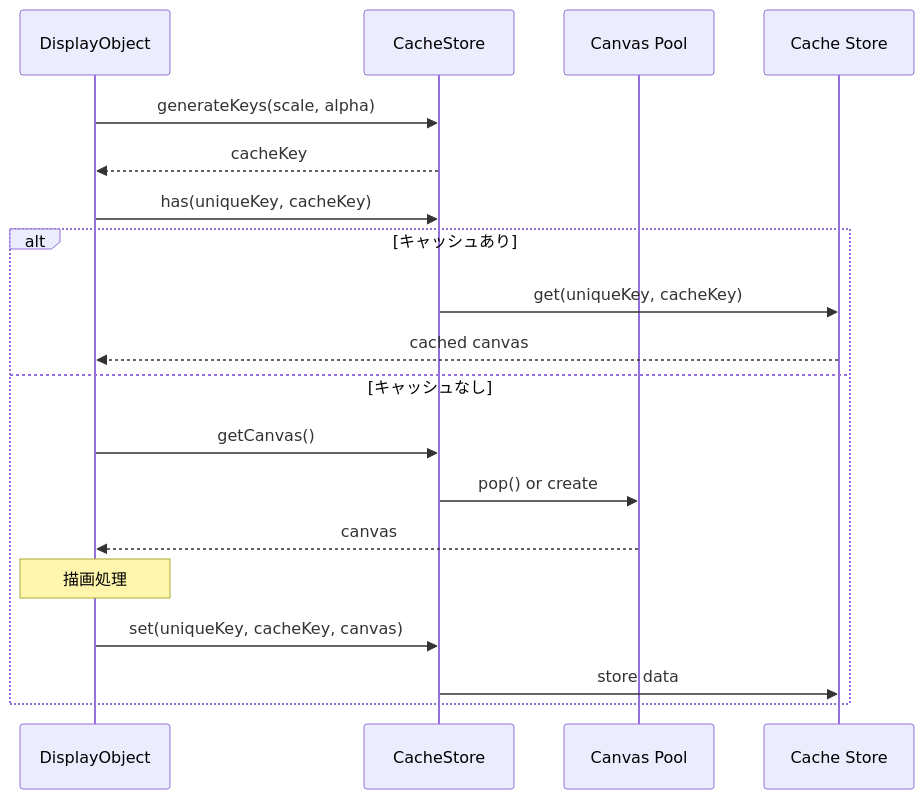
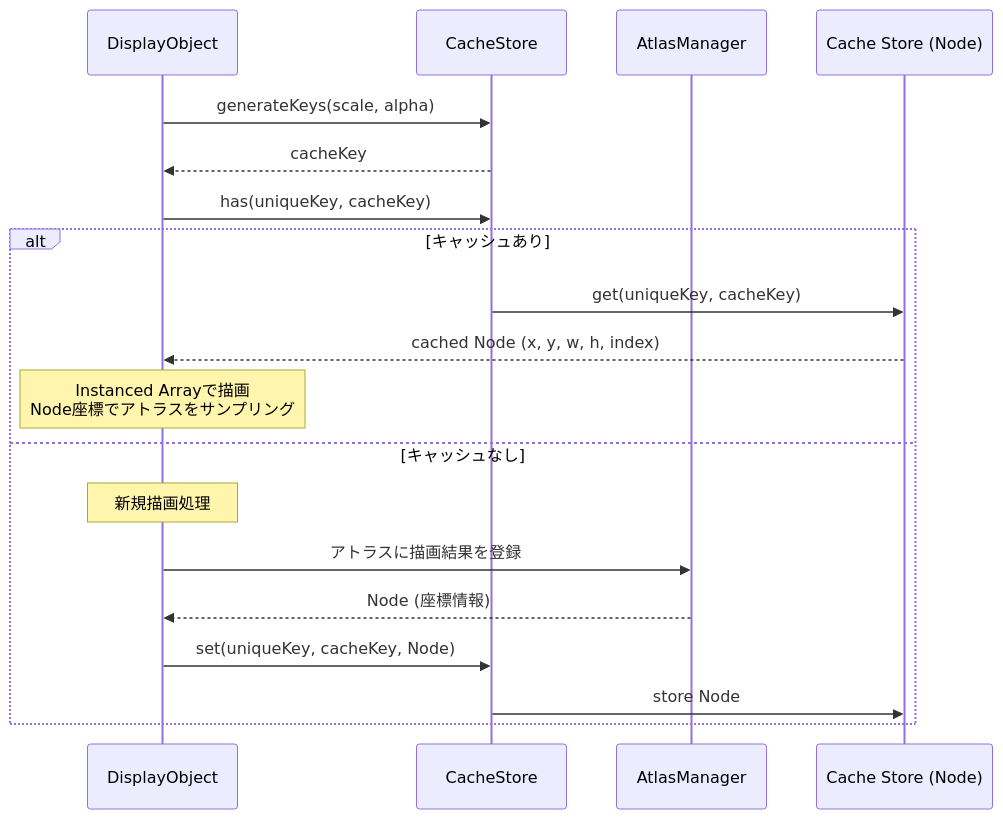
One commit to Next2D/player changed the first of 5 diagrams in packages/cache/README.md. Above: the diagram before and after it, drawn with Mermaid. The commit also changed other lines of this file, not shown here.

````diff
--- a/packages/cache/README.md
+++ b/packages/cache/README.md
@@ -44,22 +64,22 @@
 ```mermaid
 sequenceDiagram
     participant DO as DisplayObject
     participant CS as CacheStore
-    participant Pool as Canvas Pool
-    participant Store as Cache Store
+    participant Atlas as AtlasManager
+    participant Store as Cache Store (Node)
 
     DO->>CS: generateKeys(scale, alpha)
     CS-->>DO: cacheKey
     DO->>CS: has(uniqueKey, cacheKey)
     alt キャッシュあり
         CS->>Store: get(uniqueKey, cacheKey)
-        Store-->>DO: cached canvas
+        Store-->>DO: cached Node (x, y, w, h, index)
+        Note over DO: Instanced Arrayで描画<br/>Node座標でアトラスをサンプリング
     else キャッシュなし
-        DO->>CS: getCanvas()
-        CS->>Pool: pop() or create
-        Pool-->>DO: canvas
-        Note over DO: 描画処理
-        DO->>CS: set(uniqueKey, cacheKey, canvas)
-        CS->>Store: store data
+        Note over DO: 新規描画処理
+        DO->>Atlas: アトラスに描画結果を登録
+        Atlas-->>DO: Node (座標情報)
+        DO->>CS: set(uniqueKey, cacheKey, Node)
+        CS->>Store: store Node
     end
 ```
````
